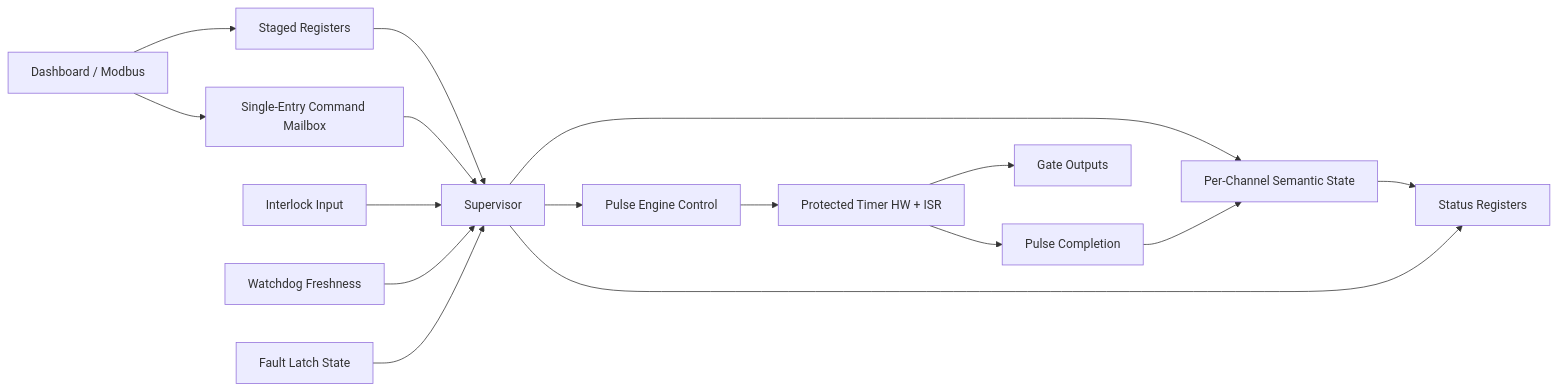
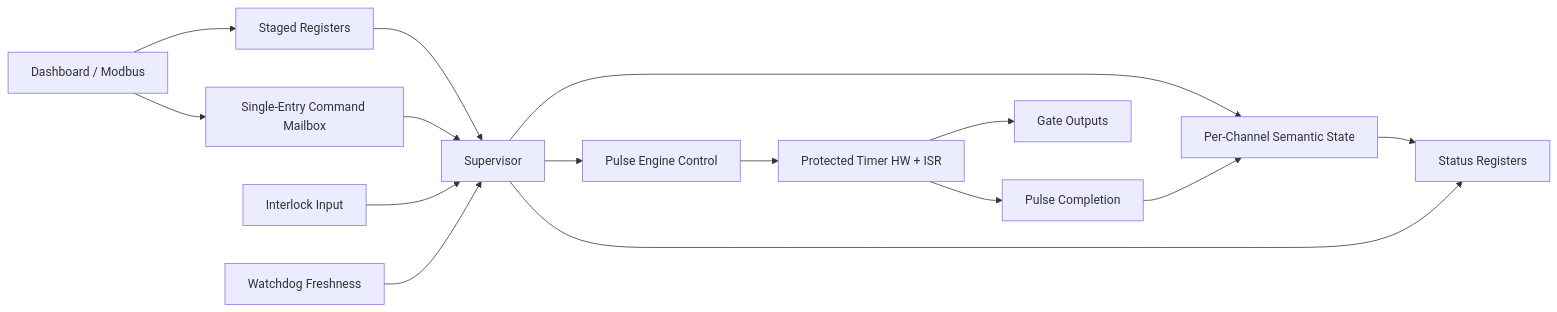
One commit to uw-loci/beam-controller changed the first of 4 diagrams in README.md. Above: the diagram before and after it, drawn with Mermaid. The commit also changed other lines of this file, not shown here.

````diff
--- a/README.md
+++ b/README.md
@@ -60,23 +60,22 @@
 ```mermaid
 flowchart LR
     A[Dashboard / Modbus] --> B[Staged Registers]
     A --> C[Single-Entry Command Mailbox]
 
     B --> D[Supervisor]
     C --> D
 
     E[Interlock Input] --> D
     F[Watchdog Freshness] --> D
-    G[Fault Latch State] --> D
 
     D --> H[Per-Channel Semantic State]
     D --> I[Pulse Engine Control]
 
     I --> J[Protected Timer HW + ISR]
     J --> K[Gate Outputs]
 
     J --> L[Pulse Completion]
     D --> M[Status Registers]
     H --> M
     L --> H
 ```
````
